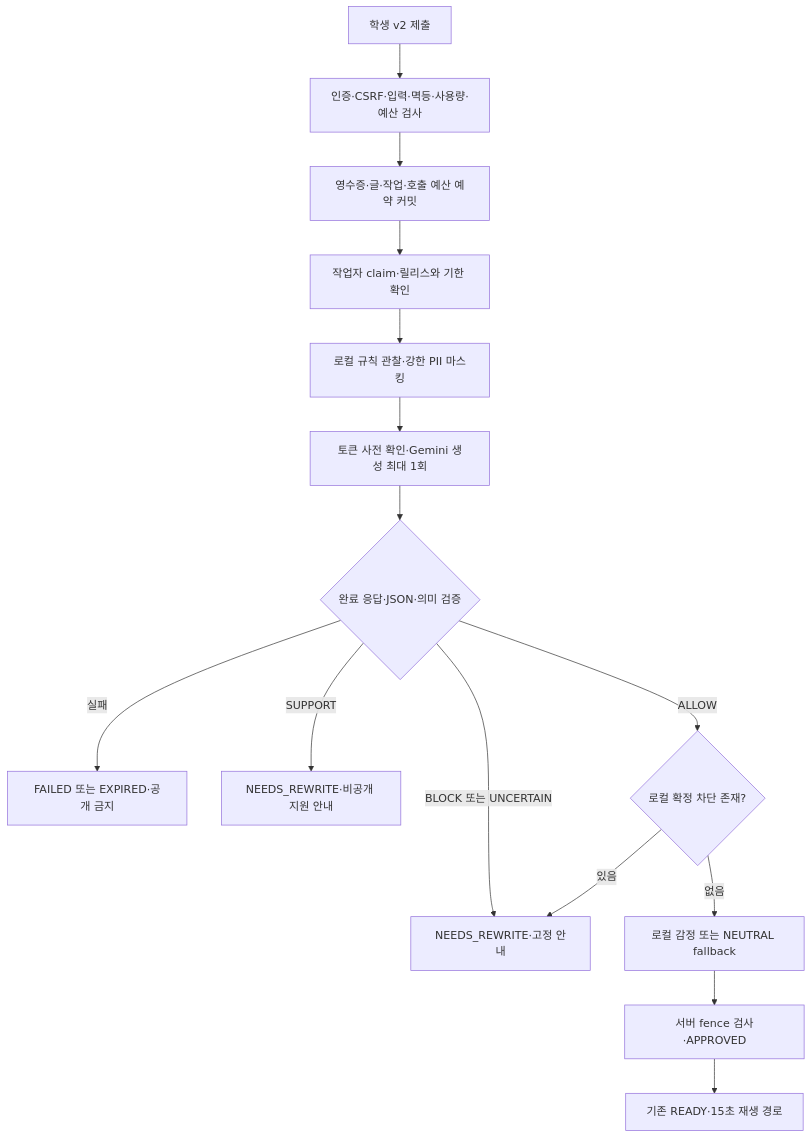
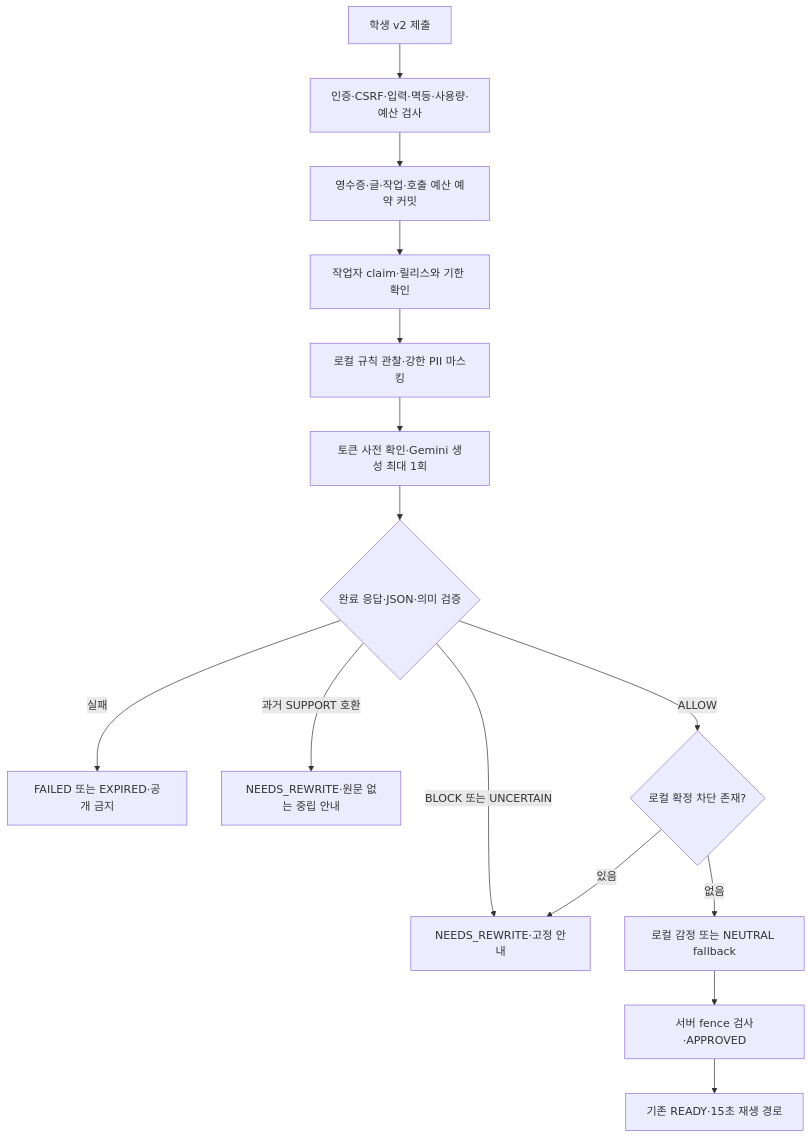
Before and after one commit to eouleoul827/moodwall: the diagram in docs/gemini-moderation-design.md, drawn with Mermaid. The commit also changed other lines of this file and 50 other files, not shown here.

````diff
--- a/docs/gemini-moderation-design.md
+++ b/docs/gemini-moderation-design.md
@@ -42,17 +42,17 @@
 ```mermaid
 flowchart TD
     A[학생 v2 제출] --> B[인증·CSRF·입력·멱등·사용량·예산 검사]
     B --> C[영수증·글·작업·호출 예산 예약 커밋]
     C --> D[작업자 claim·릴리스와 기한 확인]
     D --> E[로컬 규칙 관찰·강한 PII 마스킹]
     E --> F[토큰 사전 확인·Gemini 생성 최대 1회]
     F --> G{완료 응답·JSON·의미 검증}
     G -->|실패| H[FAILED 또는 EXPIRED·공개 금지]
-    G -->|SUPPORT| I[NEEDS_REWRITE·비공개 지원 안내]
+    G -->|과거 SUPPORT 호환| I[NEEDS_REWRITE·원문 없는 중립 안내]
     G -->|BLOCK 또는 UNCERTAIN| J[NEEDS_REWRITE·고정 안내]
     G -->|ALLOW| K{로컬 확정 차단 존재?}
     K -->|있음| J
     K -->|없음| L[로컬 감정 또는 NEUTRAL fallback]
     L --> M[서버 fence 검사·APPROVED]
     M --> N[기존 READY·15초 재생 경로]
 ```
````
